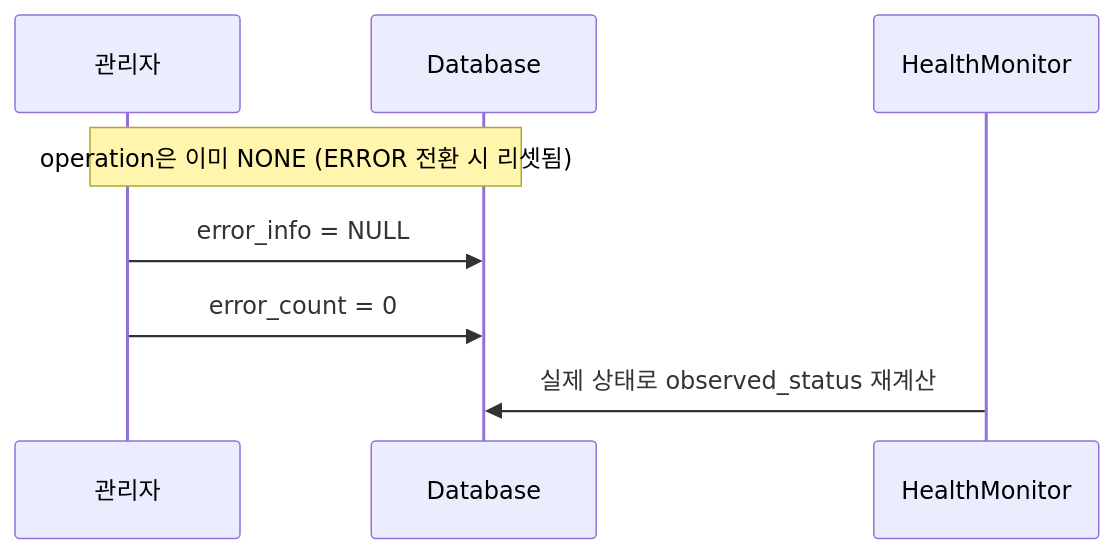
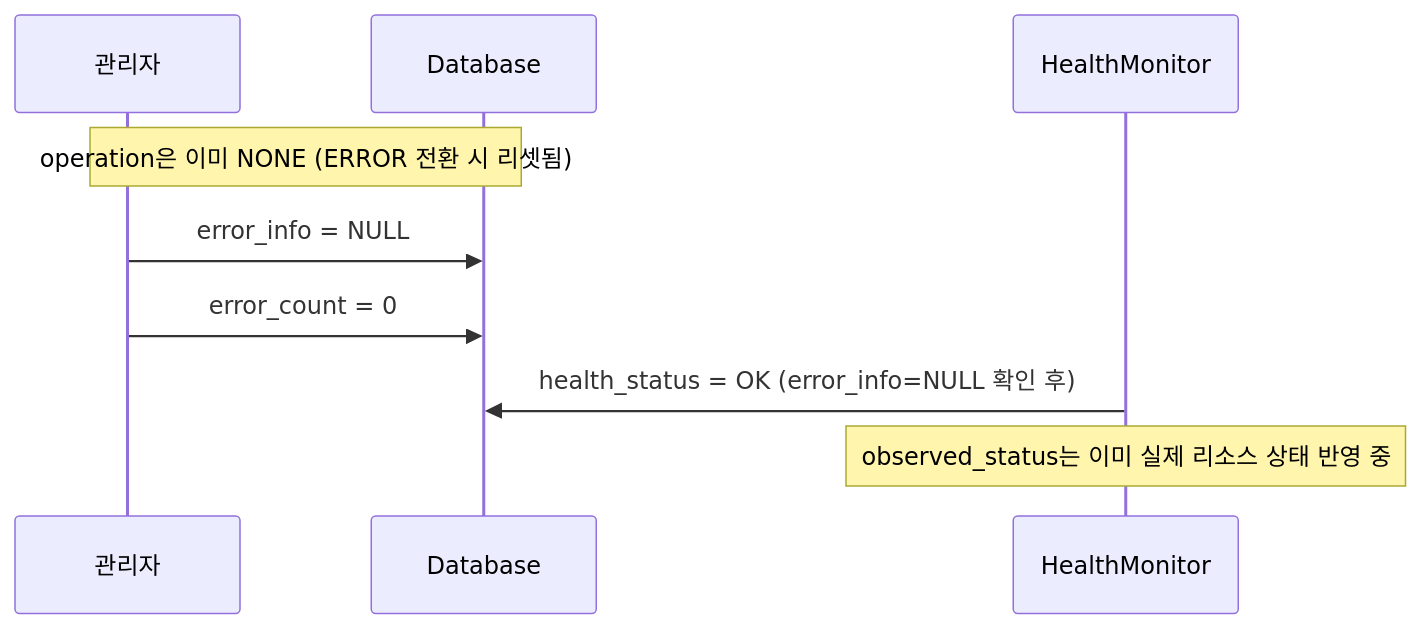
One commit to cagojeiger/code-hub changed the sixth of 6 diagrams in docs/spec_v2/04-control-plane.md. Above: the diagram before and after it, drawn with Mermaid. The commit also changed other lines of this file and 4 other files, not shown here.

First line of the commit message:
docs(spec_v2): separate ERROR into health_status, add adaptive polling

````diff
--- a/docs/spec_v2/04-control-plane.md
+++ b/docs/spec_v2/04-control-plane.md
@@ -502,11 +534,12 @@
 ```mermaid
 sequenceDiagram
     participant Admin as 관리자
     participant DB as Database
     participant HM as HealthMonitor
 
     Note over Admin,DB: operation은 이미 NONE (ERROR 전환 시 리셋됨)
     Admin->>DB: error_info = NULL
     Admin->>DB: error_count = 0
-    HM->>DB: 실제 상태로 observed_status 재계산
+    HM->>DB: health_status = OK (error_info=NULL 확인 후)
+    Note over HM: observed_status는 이미 실제 리소스 상태 반영 중
 ```
````
